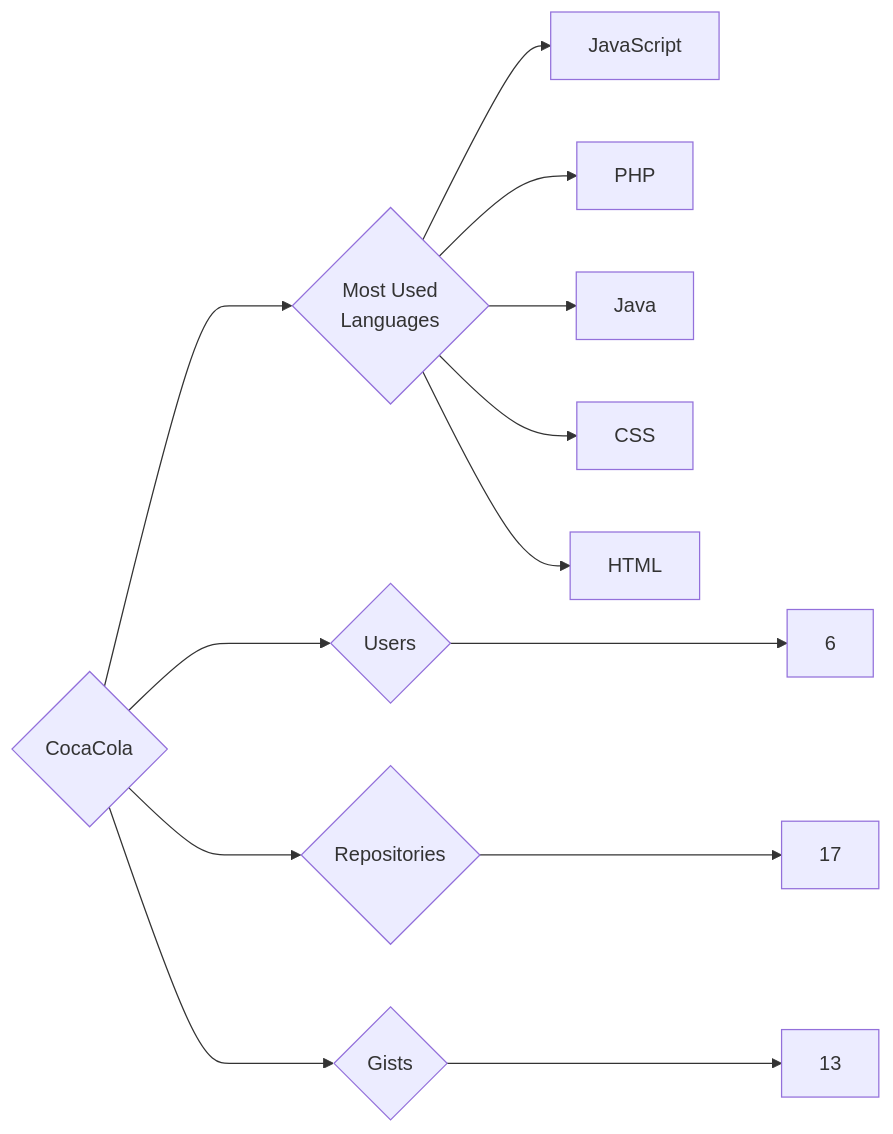
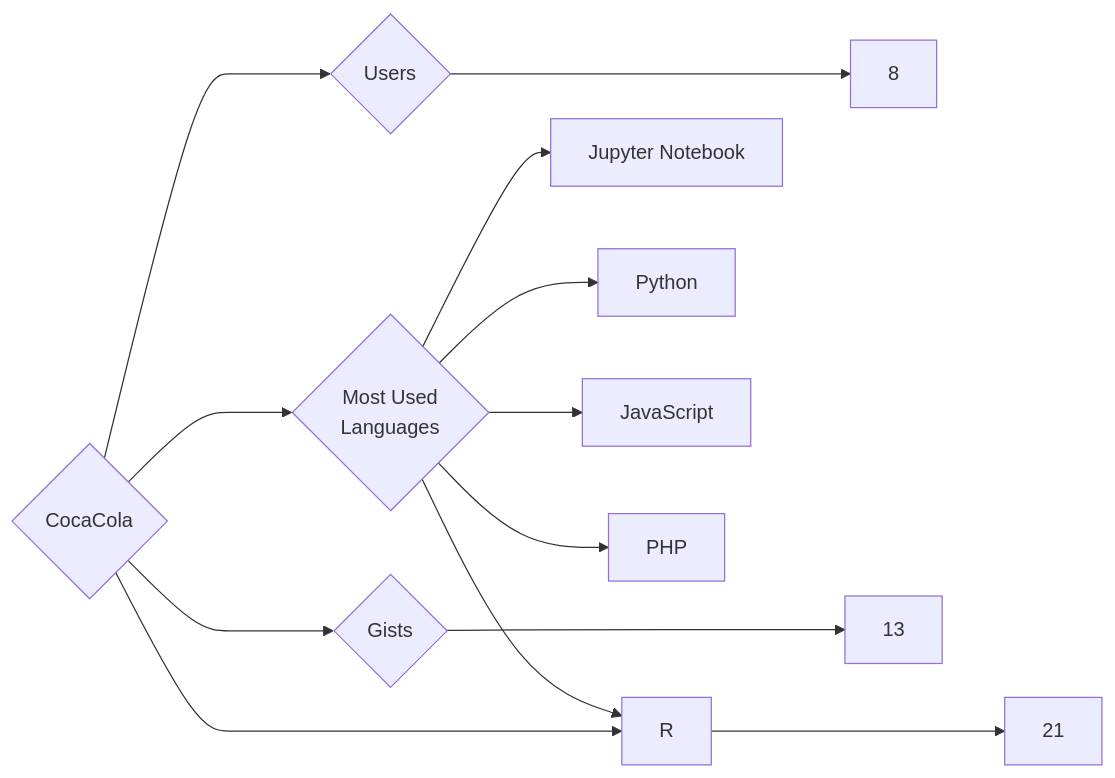
The diagram in targets/CocaCola/README.md (trickest/insiders), drawn with Mermaid before and after one commit. The commit also changed 749 other files, not shown here.

````diff
--- a/targets/CocaCola/README.md
+++ b/targets/CocaCola/README.md
@@ -3,13 +3,13 @@
 ```mermaid
 graph LR
 COMPANY_NAME{CocaCola}
-COMPANY_NAME ---> U{Users} ---> UN[6]
-COMPANY_NAME ---> R{Repositories} ---> RN[17]
+COMPANY_NAME ---> U{Users} ---> UN[8]
+COMPANY_NAME ---> R{Repositories} ---> RN[21]
 COMPANY_NAME ---> G{Gists} ---> GN[13]
 COMPANY_NAME ---> ML{Most Used<br>Languages}
+ML --> Jupyter_Notebook[Jupyter Notebook]
+ML --> Python[Python]
 ML --> JavaScript[JavaScript]
+ML --> R[R]
 ML --> PHP[PHP]
-ML --> Java[Java]
-ML --> CSS[CSS]
-ML --> HTML[HTML]
 ```
````
